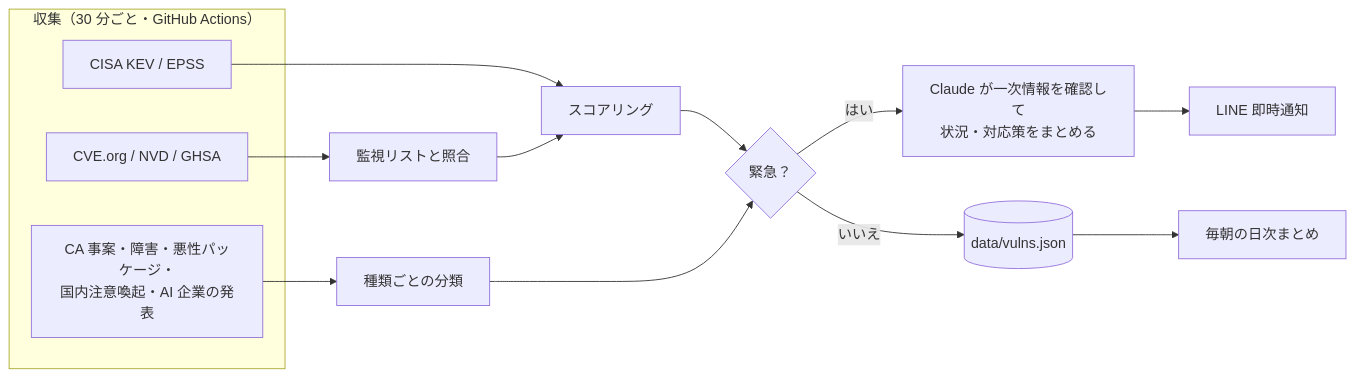
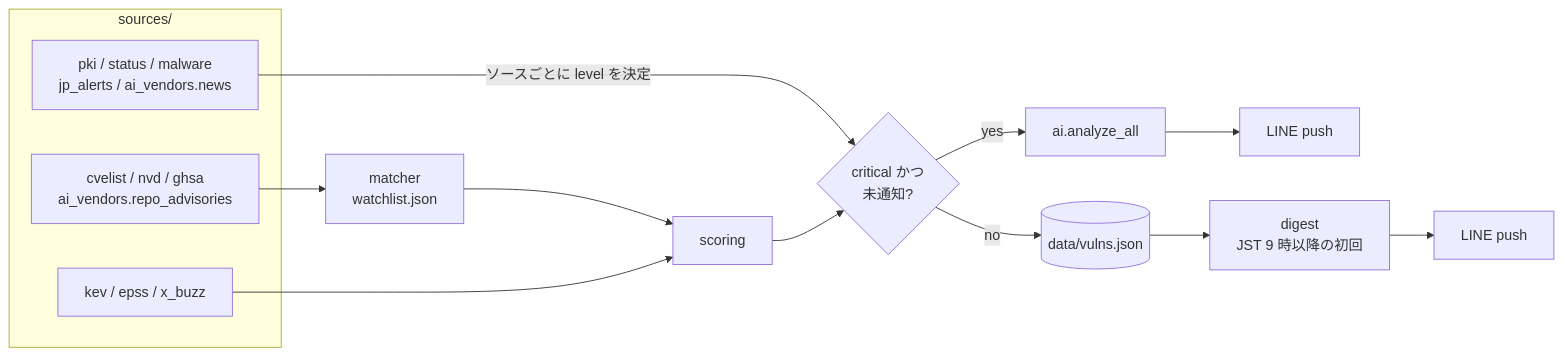
Before and after one commit to picnic-days/noroshi: the diagram in README.md, drawn with Mermaid. The commit also changed other lines of this file, not shown here.

````diff
--- a/README.md
+++ b/README.md
@@ -82,16 +36,15 @@
 ```mermaid
 flowchart LR
-  subgraph 収集["収集（30 分ごと・GitHub Actions）"]
-    A[CVE.org / NVD / GHSA]
-    B[CISA KEV / EPSS]
-    C[CA 事案・障害・悪性パッケージ・<br>国内注意喚起・AI 企業の発表]
+  subgraph sources["sources/"]
+    V[cvelist / nvd / ghsa<br>ai_vendors.repo_advisories]
+    E[kev / epss / x_buzz]
+    O[pki / status / malware<br>jp_alerts / ai_vendors.news]
   end
-  A --> M[監視リストと照合]
-  B --> S
-  M --> S[スコアリング]
-  C --> L[種類ごとの分類]
-  S --> J{緊急？}
-  L --> J
-  J -- はい --> AI[Claude が一次情報を確認して<br>状況・対応策をまとめる] --> LINE1[LINE 即時通知]
-  J -- いいえ --> D[(data/vulns.json)] --> LINE2[毎朝の日次まとめ]
+  V --> M[matcher<br>watchlist.json] --> S[scoring]
+  E --> S
+  O -->|ソースごとに level を決定| J
+  S --> J{critical かつ<br>未通知?}
+  J -->|yes| A[ai.analyze_all] --> L1[LINE push]
+  J -->|no| D[(data/vulns.json)]
+  D --> G[digest<br>JST 9 時以降の初回] --> L2[LINE push]
 ```
````
